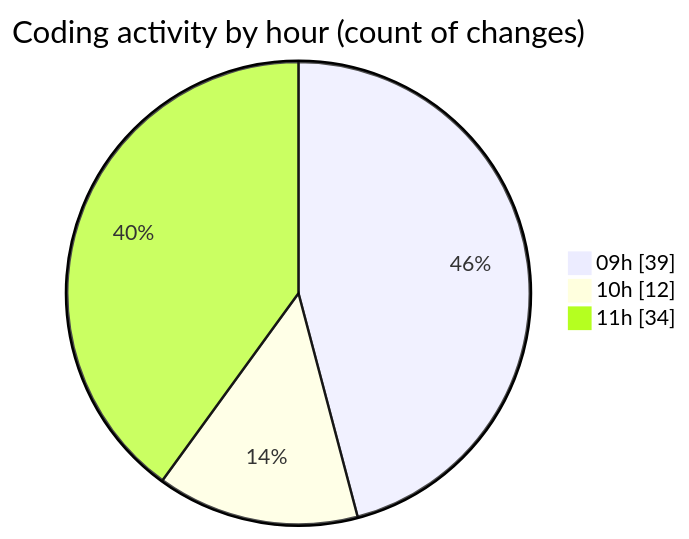
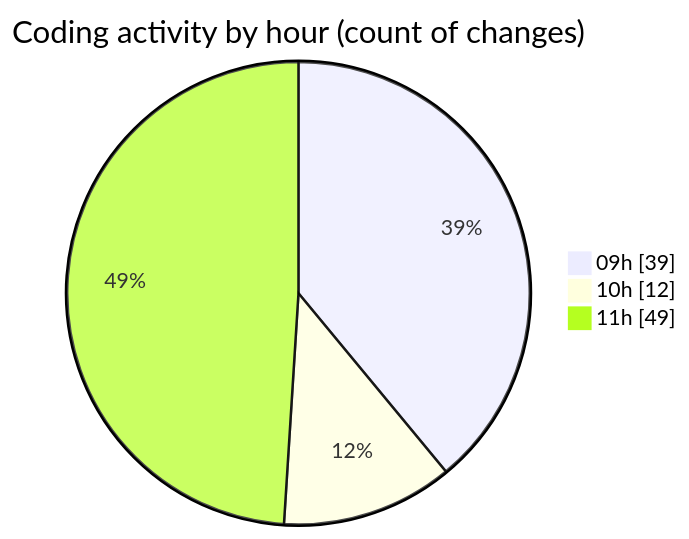
Before and after one commit to momahboobian/code-tracking: the second of 2 diagrams in 2025-03-04/cda/README.md, drawn with Mermaid. The commit also changed other lines of this file and 1 other file, not shown here.

````diff
--- a/2025-03-04/cda/README.md
+++ b/2025-03-04/cda/README.md
@@ -33,7 +33,7 @@
 ```mermaid
 pie showData
 title Coding activity by hour (count of changes)
 "09h" : 39
 "10h" : 12
-"11h" : 34
+"11h" : 49
 ```
````
